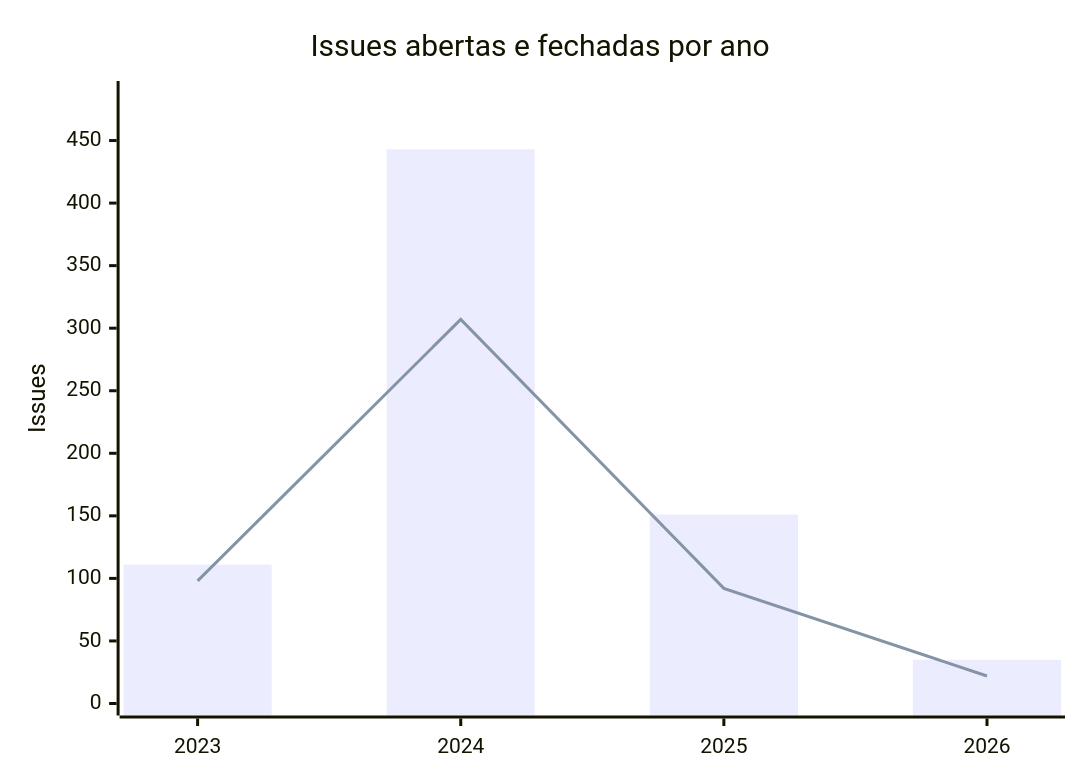
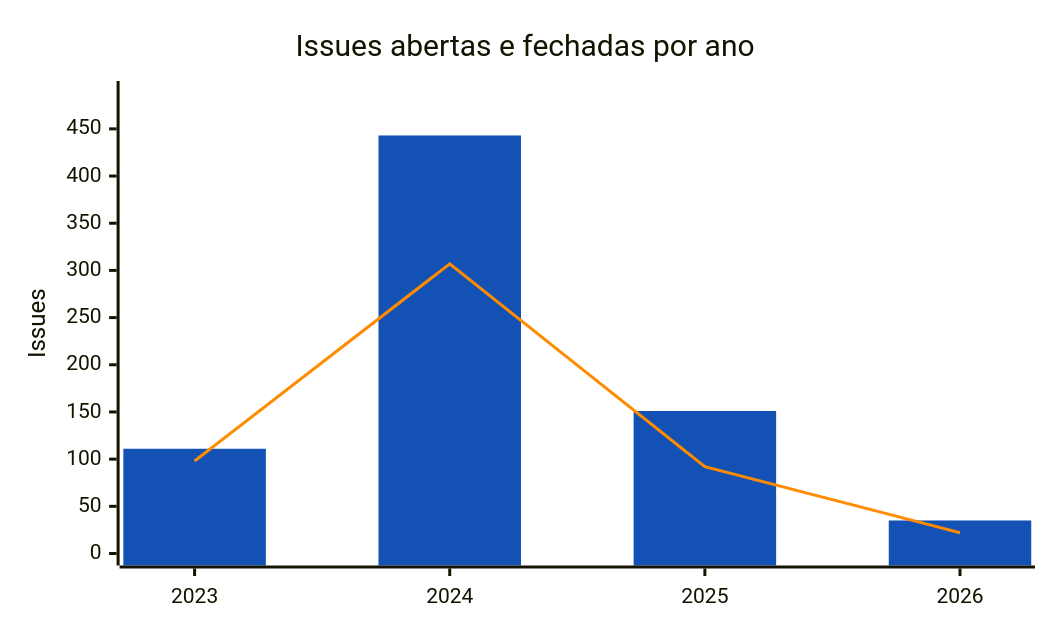
One commit to RochaCarla/doc-bp changed the second of 3 diagrams in docs/estatisticas/contribuicoes.md. Above: the diagram before and after it, drawn with Mermaid. The commit also changed other lines of this file and 44 other files, not shown here.

First line of the commit message:
feat: aba Estudos, e-book em PDF e diagramas legíveis

````diff
--- a/docs/estatisticas/contribuicoes.md
+++ b/docs/estatisticas/contribuicoes.md
@@ -89,8 +96,17 @@
 ```mermaid
+---
+config:
+  xyChart:
+    width: 680
+    height: 400
+  themeVariables:
+    xyChart:
+      plotColorPalette: "#1351b4, #ff8c00"
+---
 xychart-beta
     title "Issues abertas e fechadas por ano"
     x-axis ["2023", "2024", "2025", "2026"]
     y-axis "Issues" 0 --> 488
     bar [111, 443, 151, 35]
     line [98, 307, 92, 22]
 ```
````
